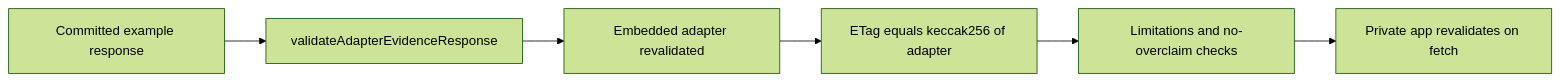
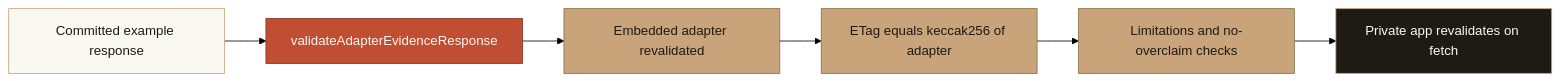
Before and after one commit to Wallet-Wall/walletwall-vault: the second of 5 diagrams in docs/Hosted_Evidence_Endpoint_Deployment_Plan.md, drawn with Mermaid (forest theme). The commit also changed other lines of this file and 8 other files, not shown here.

Commit message:
docs: add WalletWall Mermaid colors (#136)

````diff
--- a/docs/Hosted_Evidence_Endpoint_Deployment_Plan.md
+++ b/docs/Hosted_Evidence_Endpoint_Deployment_Plan.md
@@ -127,8 +136,17 @@
 ```mermaid
 flowchart LR
   G["Committed example response"] --> H["validateAdapterEvidenceResponse"]
   H --> I["Embedded adapter revalidated"]
   I --> J["ETag equals keccak256 of adapter"]
   J --> K["Limitations and no-overclaim checks"]
   K --> L["Private app revalidates on fetch"]
+
+  classDef wwPrimary fill:#BF4E32,stroke:#8B3120,color:#FAF8F3,stroke-width:1px;
+  classDef wwSecondary fill:#C9A47A,stroke:#8B6F47,color:#1E1A14,stroke-width:1px;
+  classDef wwLight fill:#FAF8F3,stroke:#C9A47A,color:#1E1A14,stroke-width:1px;
+  classDef wwBoundary fill:#1E1A14,stroke:#C9A47A,color:#FAF8F3,stroke-width:1px;
+  class G wwLight;
+  class H wwPrimary;
+  class I,J,K wwSecondary;
+  class L wwBoundary;
 ```
````
